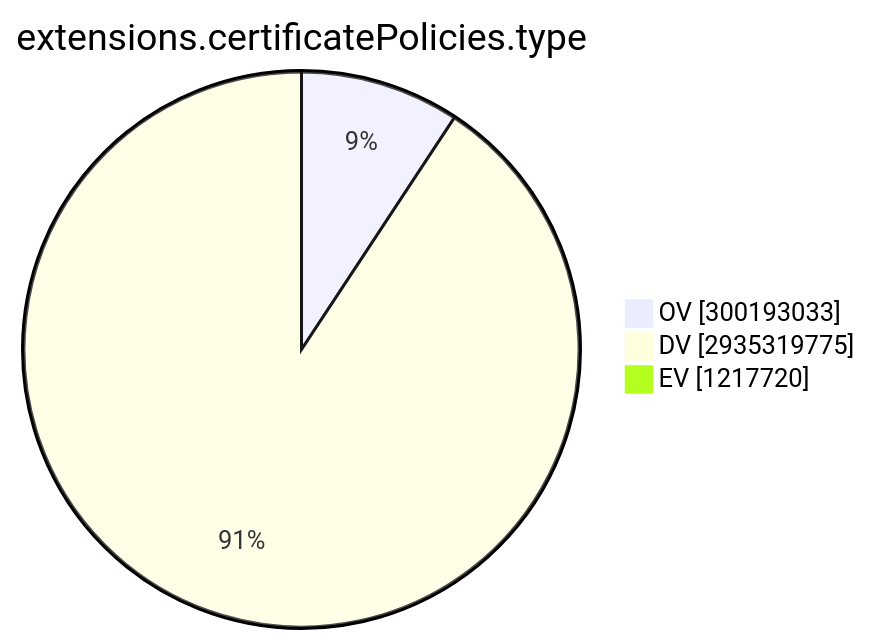
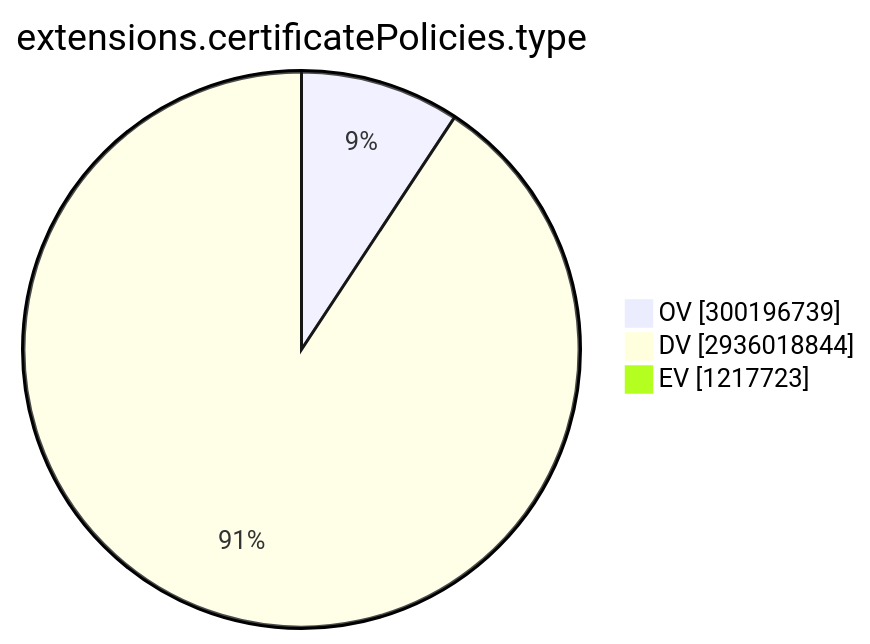
The ninth of 15 diagrams in TOTAL/README.md (christiankrug/ctmonitor_visualization), drawn with Mermaid before and after one commit. The commit also changed other lines of this file, not shown here.

````diff
--- a/TOTAL/README.md
+++ b/TOTAL/README.md
@@ -3101,7 +3101,7 @@
 ```mermaid
 pie showData
 title extensions.certificatePolicies.type
-"OV" :300193033
-"DV" :2935319775
-"EV" :1217720
+"OV" :300196739
+"DV" :2936018844
+"EV" :1217723
 ```
````
